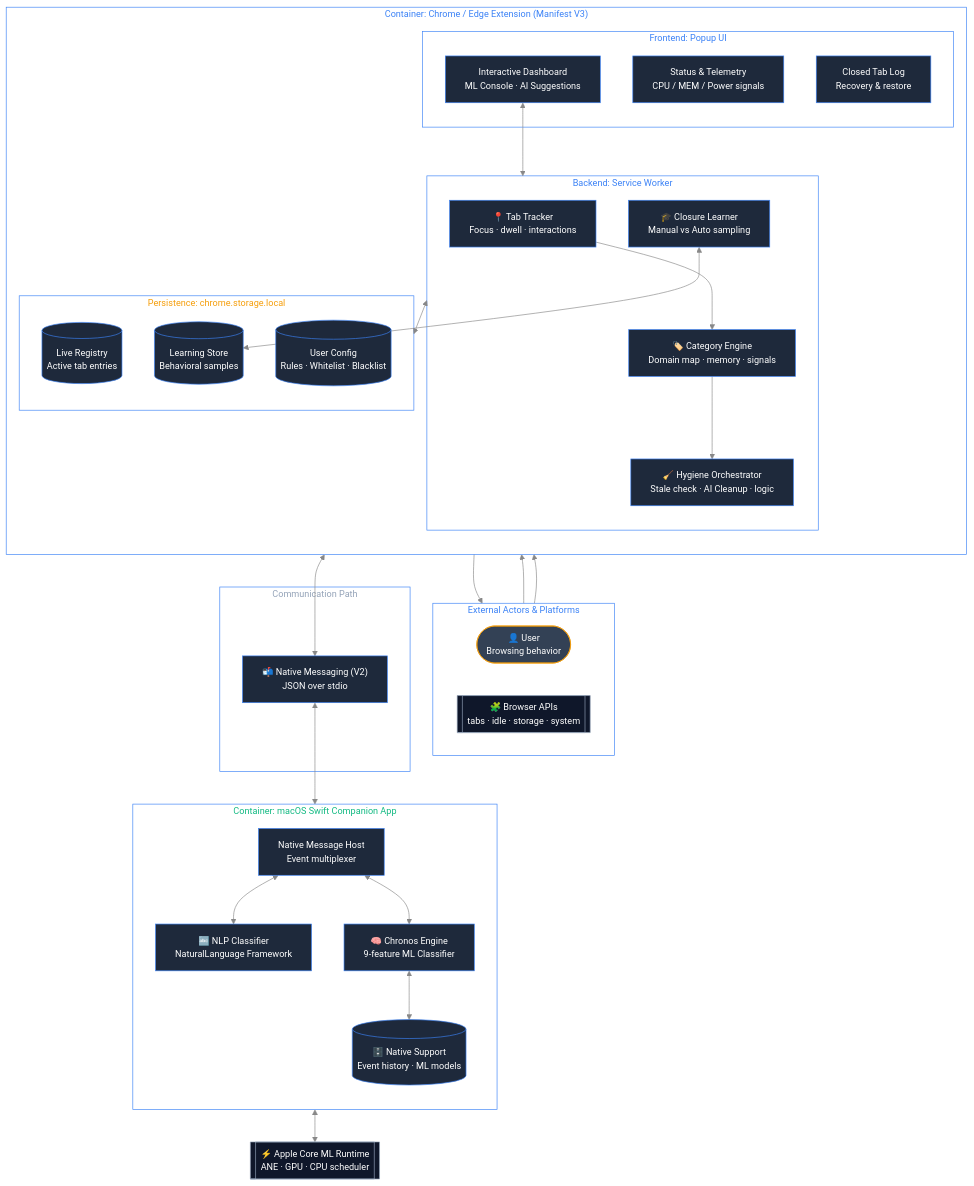
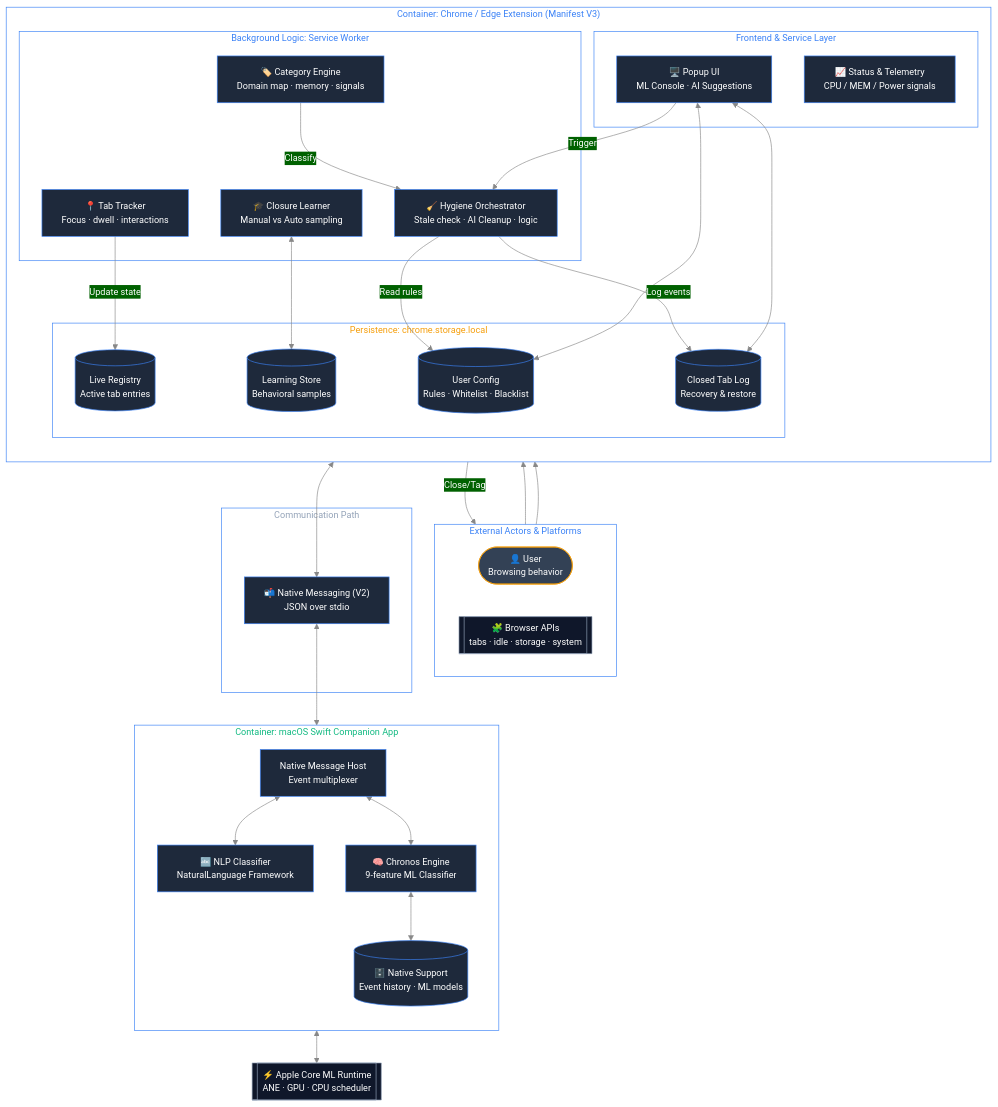
Before and after one commit to dubianche123/device-native-tab-hygiene: the diagram in README.md, drawn with Mermaid. The commit also changed 1 other file, not shown here.

Commit message:
Clarify Persistence logic and resolve line crossings in C4 diagrams

```diff
--- a/README.md
+++ b/README.md
@@ -40,13 +40,12 @@
 
   subgraph browser["<span style='color:#3b82f6'>Container: Chrome / Edge Extension (Manifest V3)</span>"]
     direction TB
-    subgraph popup["<span style='color:#3b82f6'>Frontend: Popup UI</span>"]
-      p_ui["Interactive Dashboard<br/>ML Console · AI Suggestions"]
-      p_telemetry["Status & Telemetry<br/>CPU / MEM / Power signals"]
-      p_log["Closed Tab Log<br/>Recovery & restore"]
+    subgraph frontend["<span style='color:#3b82f6'>Frontend & Service Layer</span>"]
+      p_ui["🖥️ Popup UI<br/>ML Console · AI Suggestions"]
+      p_telemetry["📈 Status & Telemetry<br/>CPU / MEM / Power signals"]
     end
 
-    subgraph background["<span style='color:#3b82f6'>Backend: Service Worker</span>"]
+    subgraph background["<span style='color:#3b82f6'>Background Logic: Service Worker</span>"]
       b_tracker["📍 Tab Tracker<br/>Focus · dwell · interactions"]
       b_learner["🎓 Closure Learner<br/>Manual vs Auto sampling"]
       b_engine["🏷️ Category Engine<br/>Domain map · memory · signals"]
@@ -57,6 +56,7 @@
       s_registry[("Live Registry<br/>Active tab entries")]
       s_samples[("Learning Store<br/>Behavioral samples")]
       s_settings[("User Config<br/>Rules · Whitelist · Blacklist")]
+      s_log[("Closed Tab Log<br/>Recovery & restore")]
     end
   end
 
@@ -74,18 +74,29 @@
 
   coreml[["⚡ Apple Core ML Runtime<br/>ANE · GPU · CPU scheduler"]]
 
-  %% Browser Internal Flow
+  %% Logical Flow - Minimized Crossing
   user --> p_ui
   chrome --> b_tracker
-  p_ui <--> background
-  background <--> storage
-  b_tracker --> b_engine
-  b_engine --> b_orchestrator
+  
+  %% Tracker -> Registry
+  b_tracker -- "Update state" --> s_registry
+  
+  %% Learner <-> Samples
   b_learner <--> s_samples
-  b_orchestrator --> chrome
+  
+  %% Engine & Orchestrator Flow
+  b_engine -- "Classify" --> b_orchestrator
+  b_orchestrator -- "Read rules" --> s_settings
+  b_orchestrator -- "Log events" --> s_log
+  b_orchestrator -- "Close/Tag" --> chrome
+
+  %% UI Flow
+  p_ui <--> s_settings
+  p_ui <--> s_log
+  p_ui -- "Trigger" --> b_orchestrator
 
   %% Cross-Container IPC
-  background <--> nativeBus <--> n_host
+  b_engine <--> nativeBus <--> n_host
   n_host <--> n_classifier
   n_host <--> n_chronos
   n_chronos <--> n_storage
```
